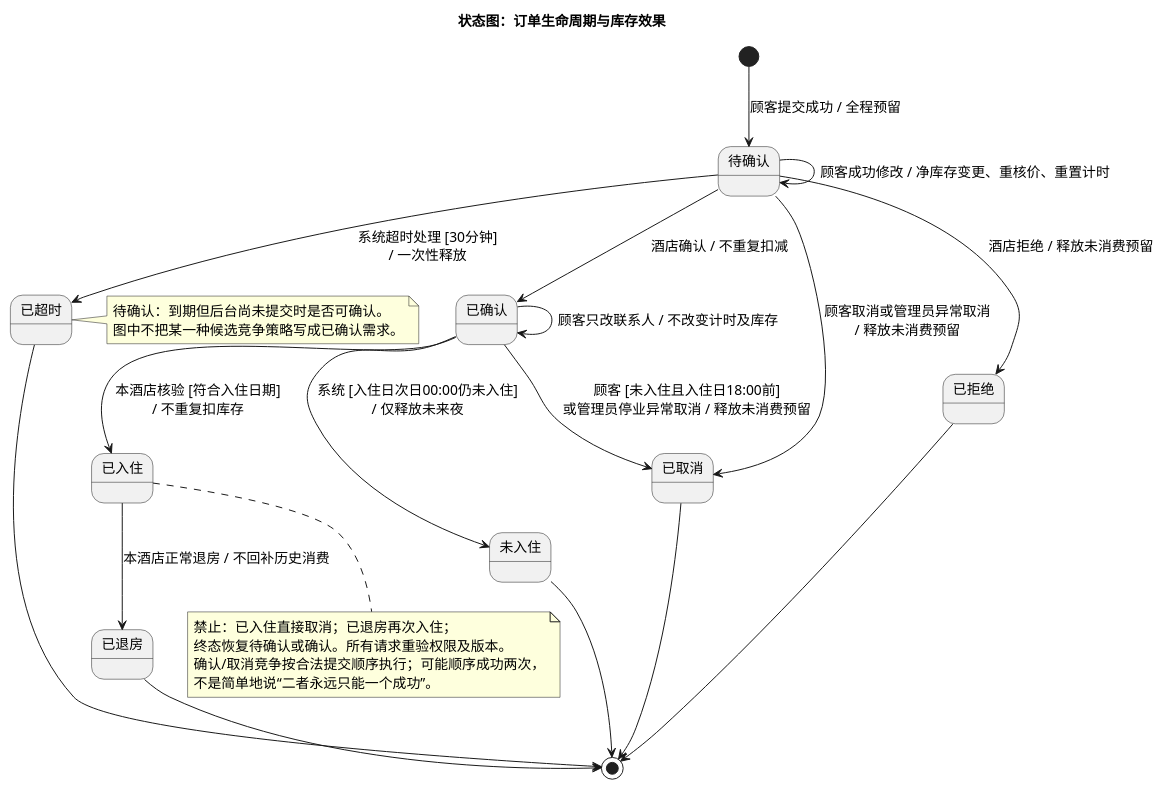
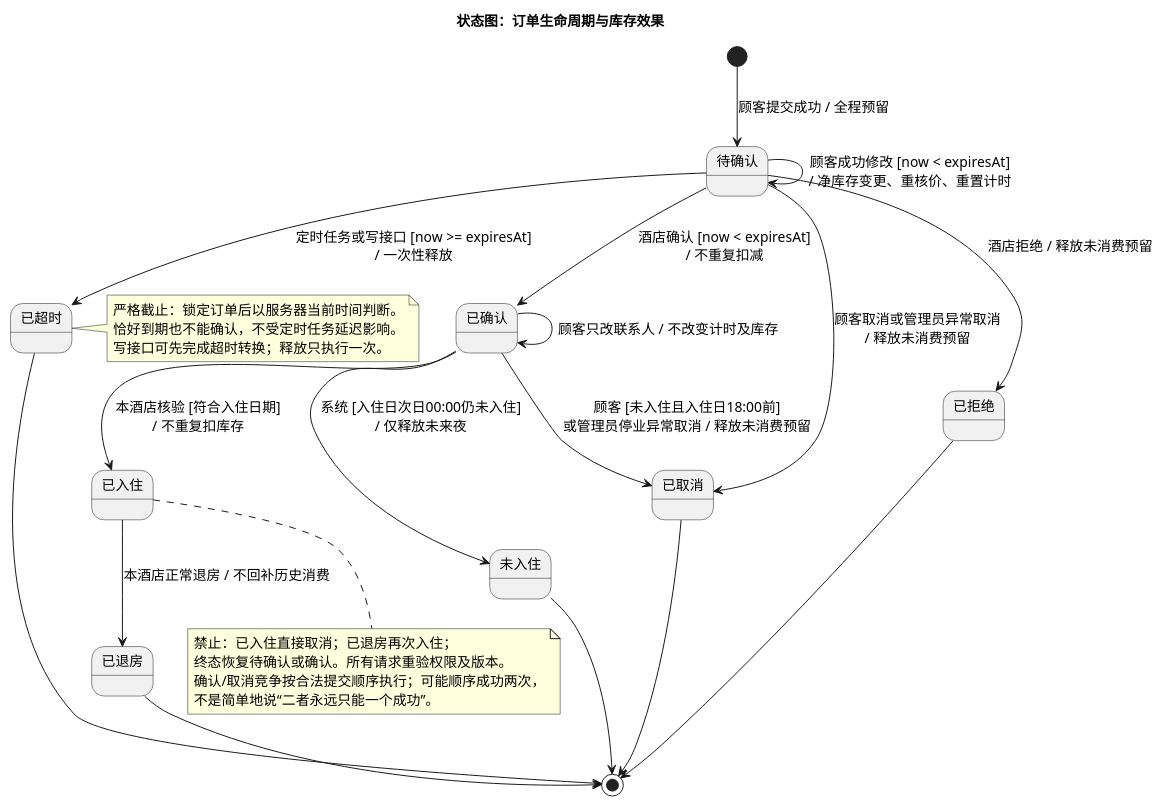
The diagram in 实验2_241820122_商世雄/UML/05_订单状态图.puml (bear0327/software-engineering-lab), drawn with PlantUML before and after one commit. The commit also changed 18 other files, not shown here.

```diff
--- a/实验2_241820122_商世雄/UML/05_订单状态图.puml
+++ b/实验2_241820122_商世雄/UML/05_订单状态图.puml
@@ -1,41 +1,42 @@
 @startuml
 title 状态图：订单生命周期与库存效果
 skinparam defaultFontName Microsoft YaHei
 skinparam defaultFontSize 14
 skinparam shadowing false
 skinparam backgroundColor white
 state "待确认" as Pending
 state "已确认" as Confirmed
 state "已入住" as CheckedIn
 state "已退房" as CheckedOut
 state "已取消" as Cancelled
 state "已拒绝" as Rejected
 state "已超时" as Expired
 state "未入住" as NoShow
 [*] --> Pending : 顾客提交成功 / 全程预留
-Pending --> Pending : 顾客成功修改 / 净库存变更、重核价、重置计时
-Pending --> Confirmed : 酒店确认 / 不重复扣减
+Pending --> Pending : 顾客成功修改 [now < expiresAt]\n/ 净库存变更、重核价、重置计时
+Pending --> Confirmed : 酒店确认 [now < expiresAt]\n/ 不重复扣减
 Pending --> Rejected : 酒店拒绝 / 释放未消费预留
 Pending --> Cancelled : 顾客取消或管理员异常取消\n/ 释放未消费预留
-Pending --> Expired : 系统超时处理 [30分钟]\n/ 一次性释放
+Pending --> Expired : 定时任务或写接口 [now >= expiresAt]\n/ 一次性释放
 Confirmed --> Confirmed : 顾客只改联系人 / 不改变计时及库存
 Confirmed --> CheckedIn : 本酒店核验 [符合入住日期]\n/ 不重复扣库存
 Confirmed --> Cancelled : 顾客 [未入住且入住日18:00前]\n或管理员停业异常取消 / 释放未消费预留
 Confirmed --> NoShow : 系统 [入住日次日00:00仍未入住]\n/ 仅释放未来夜
 CheckedIn --> CheckedOut : 本酒店正常退房 / 不回补历史消费
 CheckedOut --> [*]
 Cancelled --> [*]
 Rejected --> [*]
 Expired --> [*]
 NoShow --> [*]
 note right of Expired
-待确认：到期但后台尚未提交时是否可确认。
-图中不把某一种候选竞争策略写成已确认需求。
+严格截止：锁定订单后以服务器当前时间判断。
+恰好到期也不能确认，不受定时任务延迟影响。
+写接口可先完成超时转换；释放只执行一次。
 end note
 note bottom of CheckedIn
 禁止：已入住直接取消；已退房再次入住；
 终态恢复待确认或确认。所有请求重验权限及版本。
 确认/取消竞争按合法提交顺序执行；可能顺序成功两次，
 不是简单地说“二者永远只能一个成功”。
 end note
 @enduml
```
